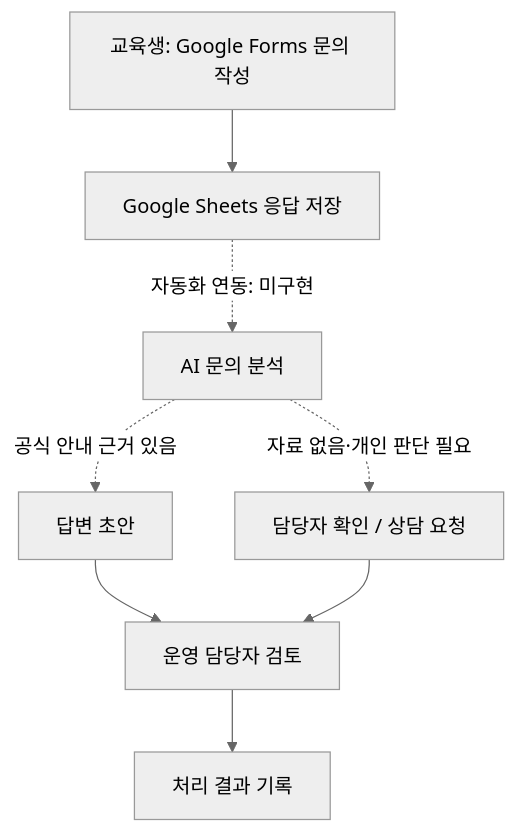
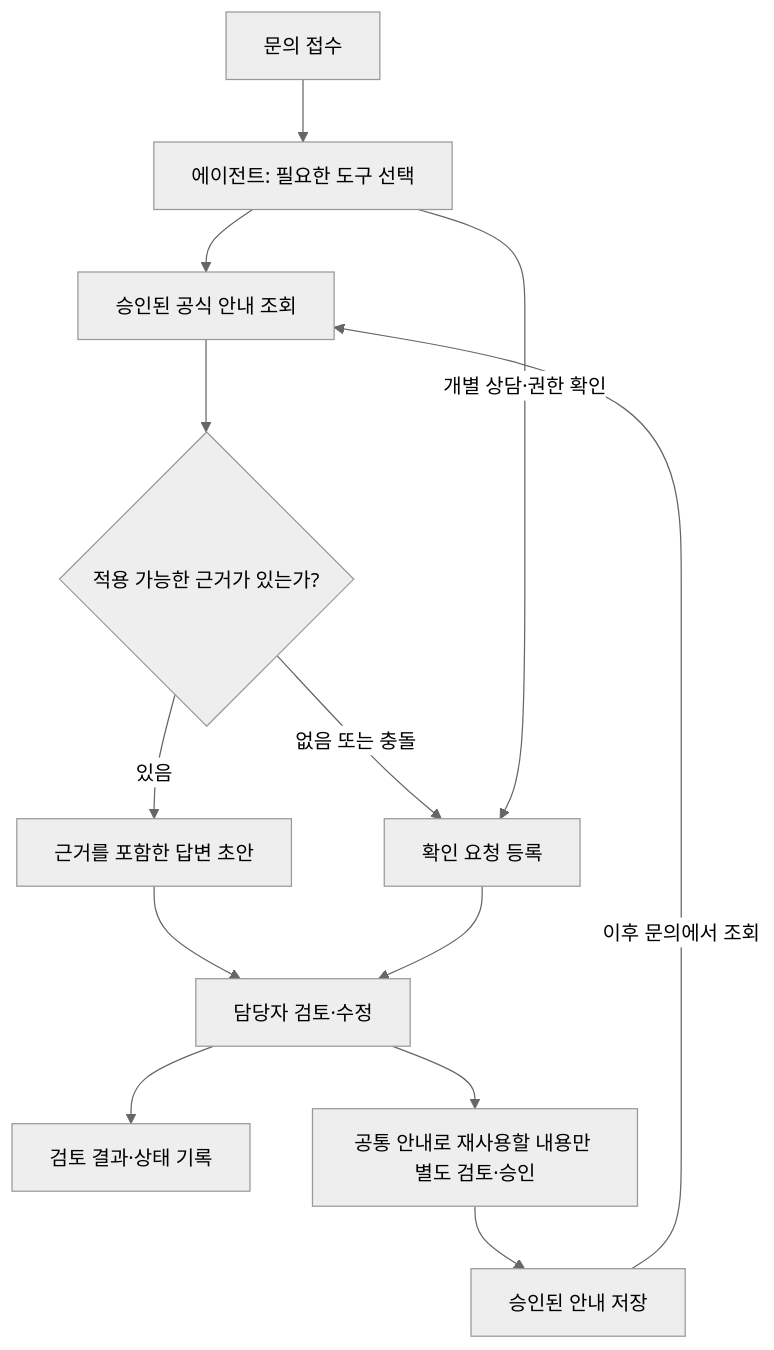
The second of 2 diagrams in README.md (momoorr/MOA), drawn with Mermaid (neutral theme) before and after one commit. The commit also changed other lines of this file, not shown here.

Commit message:
docs: update MOA scope, implementation status, and agent roadmap

````diff
--- a/README.md
+++ b/README.md
@@ -42,10 +73,15 @@
 ```mermaid
 flowchart TD
-    A[교육생: Google Forms 문의 작성] --> B[Google Sheets 응답 저장]
-    B -. 자동화 연동: 미구현 .-> C[AI 문의 분석]
-    C -. 공식 안내 근거 있음 .-> D[답변 초안]
-    C -. 자료 없음·개인 판단 필요 .-> E[담당자 확인 / 상담 요청]
-    D --> F[운영 담당자 검토]
-    E --> F
-    F --> G[처리 결과 기록]
+    A["문의 접수"] --> B["에이전트: 필요한 도구 선택"]
+    B --> C["승인된 공식 안내 조회"]
+    C --> D{"적용 가능한 근거가 있는가?"}
+    D -->|있음| E["근거를 포함한 답변 초안"]
+    D -->|없음 또는 충돌| F["확인 요청 등록"]
+    B -->|개별 상담·권한 확인| F
+    E --> G["담당자 검토·수정"]
+    F --> G
+    G --> H["검토 결과·상태 기록"]
+    G --> I["공통 안내로 재사용할 내용만 별도 검토·승인"]
+    I --> J["승인된 안내 저장"]
+    J -->|이후 문의에서 조회| C
 ```
````
